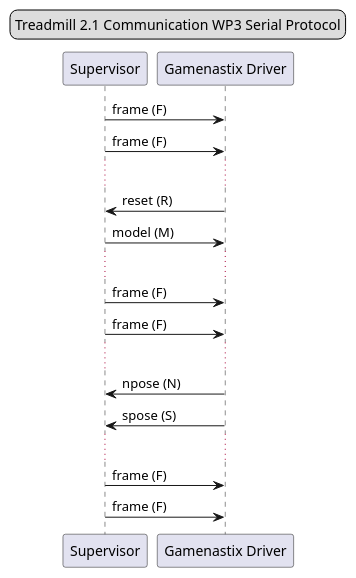
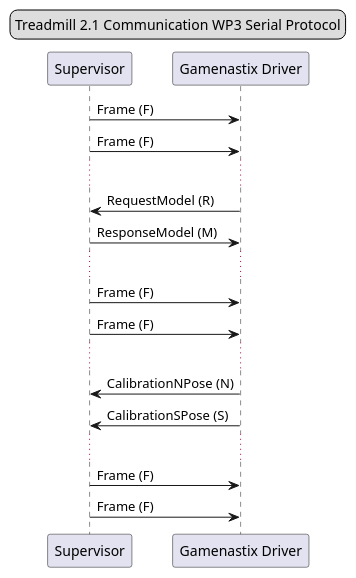
Before and after one commit to discowtmh/gamenastix-protocol: the diagram in docs/protocol.puml, drawn with PlantUML. The commit also changed 1 other file, not shown here.

Commit message:
diagrams

```diff
--- a/docs/protocol.puml
+++ b/docs/protocol.puml
@@ -1,25 +1,25 @@
 @startuml
 
 legend top center
 Treadmill 2.1 Communication WP3 Serial Protocol
 end legend
 
 participant "Supervisor" as SUPERVISOR
 participant "Gamenastix Driver" as DRIVER
 
-SUPERVISOR -> DRIVER: frame (F)
-SUPERVISOR -> DRIVER: frame (F)
+SUPERVISOR -> DRIVER: Frame (F)
+SUPERVISOR -> DRIVER: Frame (F)
 ...
-DRIVER -> SUPERVISOR: reset (R)
-SUPERVISOR -> DRIVER: model (M)
+DRIVER -> SUPERVISOR: RequestModel (R)
+SUPERVISOR -> DRIVER: ResponseModel (M)
 ...
-SUPERVISOR -> DRIVER: frame (F)
-SUPERVISOR -> DRIVER: frame (F)
+SUPERVISOR -> DRIVER: Frame (F)
+SUPERVISOR -> DRIVER: Frame (F)
 ...
-DRIVER -> SUPERVISOR: npose (N)
-DRIVER -> SUPERVISOR: spose (S)
+DRIVER -> SUPERVISOR: CalibrationNPose (N)
+DRIVER -> SUPERVISOR: CalibrationSPose (S)
 ...
-SUPERVISOR -> DRIVER: frame (F)
-SUPERVISOR -> DRIVER: frame (F)
+SUPERVISOR -> DRIVER: Frame (F)
+SUPERVISOR -> DRIVER: Frame (F)
 
 @enduml
```
